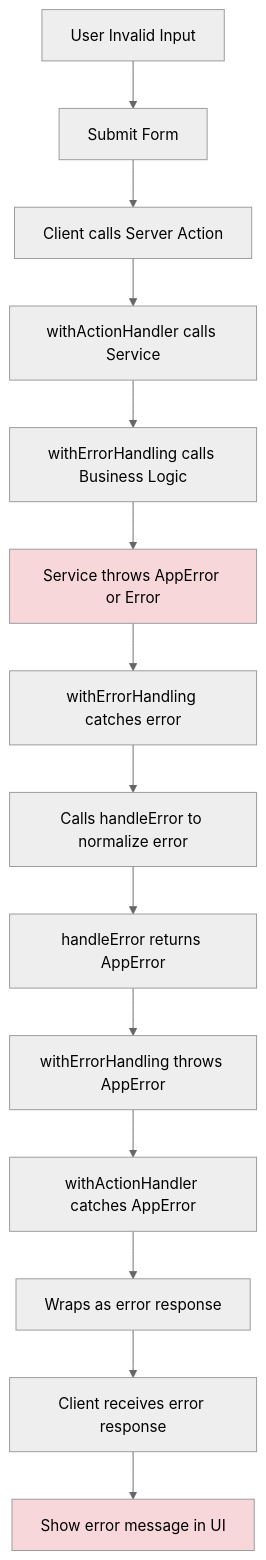
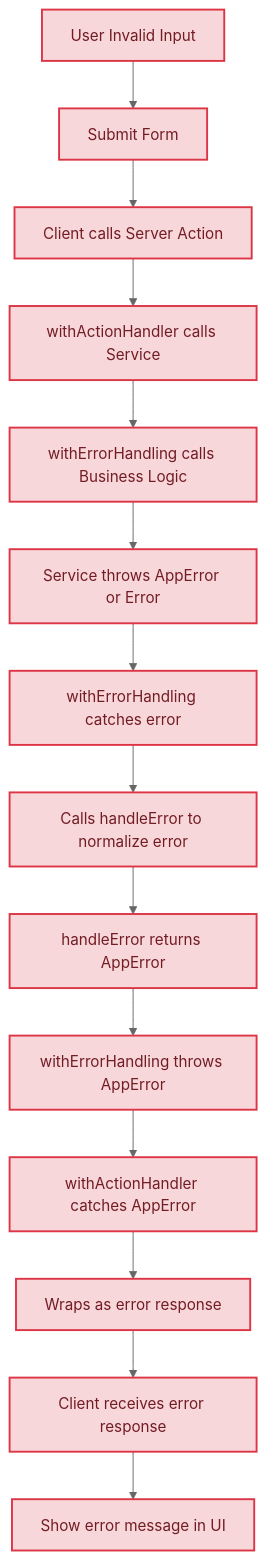
One commit to morsechimwai/nextjs-error-system-boilerplate changed the fourth of 4 diagrams in README.md. Above: the diagram before and after it, drawn with Mermaid (neutral theme). The commit also changed other lines of this file, not shown here.

Commit message:
docs: Enhance sequence and process flow diagrams with improved styling for success and error handling

````diff
--- a/README.md
+++ b/README.md
@@ -411,19 +431,32 @@
 ```mermaid
 graph TD
     A[User Invalid Input] --> B[Submit Form]
     B --> C[Client calls Server Action]
     C --> D[withActionHandler calls Service]
     D --> E[withErrorHandling calls Business Logic]
     E --> F[Service throws AppError or Error]
     F --> G[withErrorHandling catches error]
     G --> H[Calls handleError to normalize error]
     H --> I[handleError returns AppError]
     I --> J[withErrorHandling throws AppError]
     J --> K[withActionHandler catches AppError]
     K --> L[Wraps as error response]
     L --> M[Client receives error response]
     M --> N[Show error message in UI]
 
-    style F fill:#f8d7da
-    style N fill:#f8d7da
+    %% Error Flow Styling - Dark Red Text, Light Red Background
+    style A fill:#f8d7da,stroke:#dc3545,stroke-width:2px,color:#721c24
+    style B fill:#f8d7da,stroke:#dc3545,stroke-width:2px,color:#721c24
+    style C fill:#f8d7da,stroke:#dc3545,stroke-width:2px,color:#721c24
+    style D fill:#f8d7da,stroke:#dc3545,stroke-width:2px,color:#721c24
+    style E fill:#f8d7da,stroke:#dc3545,stroke-width:2px,color:#721c24
+    style F fill:#f8d7da,stroke:#dc3545,stroke-width:2px,color:#721c24
+    style G fill:#f8d7da,stroke:#dc3545,stroke-width:2px,color:#721c24
+    style H fill:#f8d7da,stroke:#dc3545,stroke-width:2px,color:#721c24
+    style I fill:#f8d7da,stroke:#dc3545,stroke-width:2px,color:#721c24
+    style J fill:#f8d7da,stroke:#dc3545,stroke-width:2px,color:#721c24
+    style K fill:#f8d7da,stroke:#dc3545,stroke-width:2px,color:#721c24
+    style L fill:#f8d7da,stroke:#dc3545,stroke-width:2px,color:#721c24
+    style M fill:#f8d7da,stroke:#dc3545,stroke-width:2px,color:#721c24
+    style N fill:#f8d7da,stroke:#dc3545,stroke-width:2px,color:#721c24
 ```
````
